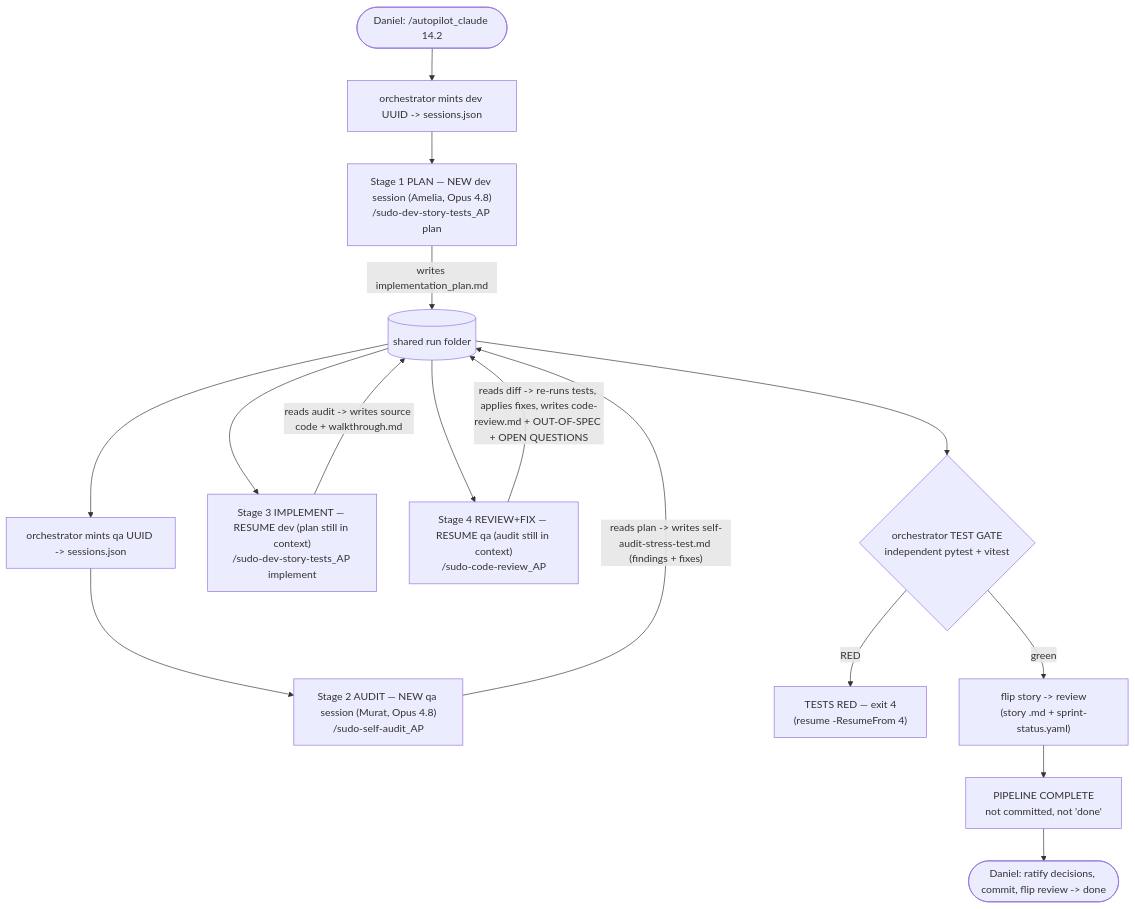
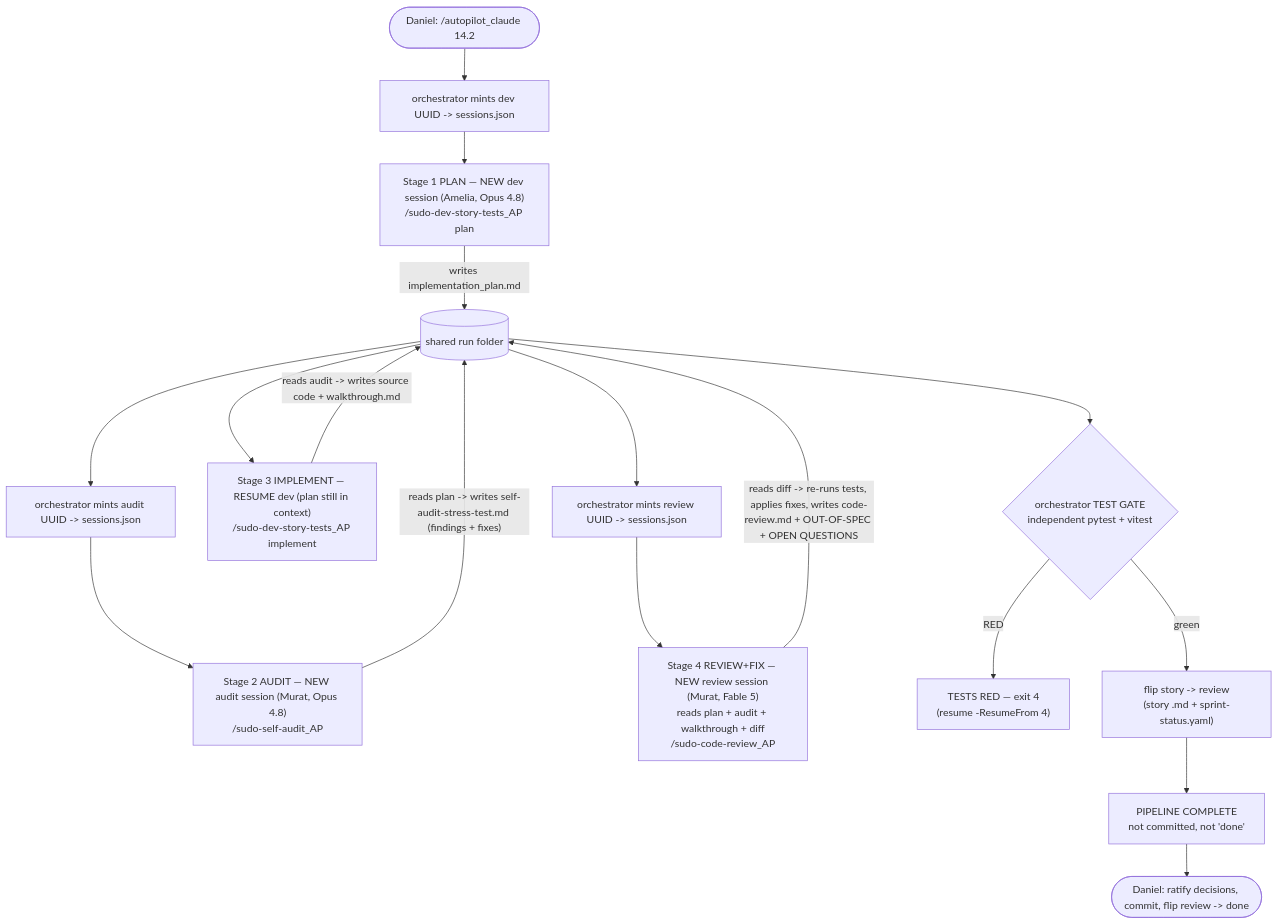
The first of 4 diagrams in .agents/reference/autopilot_bmad_dev_loop.md (sudomadhatter/Sudo_Hatter_Command), drawn with Mermaid before and after one commit. The commit also changed other lines of this file and 19 other files, not shown here.

````diff
--- a/.agents/reference/autopilot_bmad_dev_loop.md
+++ b/.agents/reference/autopilot_bmad_dev_loop.md
@@ -59,18 +61,19 @@
 ```mermaid
 flowchart TD
     D(["Daniel: /autopilot_claude 14.2"]) --> M1["orchestrator mints dev UUID -> sessions.json"]
     M1 --> S1["Stage 1 PLAN — NEW dev session (Amelia, Opus 4.8)<br/>/sudo-dev-story-tests_AP plan"]
     S1 -->|"writes implementation_plan.md"| F[("shared run folder")]
-    F --> M2["orchestrator mints qa UUID -> sessions.json"]
-    M2 --> S2["Stage 2 AUDIT — NEW qa session (Murat, Opus 4.8)<br/>/sudo-self-audit_AP"]
+    F --> M2["orchestrator mints audit UUID -> sessions.json"]
+    M2 --> S2["Stage 2 AUDIT — NEW audit session (Murat, Opus 4.8)<br/>/sudo-self-audit_AP"]
     S2 -->|"reads plan -> writes self-audit-stress-test.md (findings + fixes)"| F
     F --> S3["Stage 3 IMPLEMENT — RESUME dev (plan still in context)<br/>/sudo-dev-story-tests_AP implement"]
     S3 -->|"reads audit -> writes source code + walkthrough.md"| F
-    F --> S4["Stage 4 REVIEW+FIX — RESUME qa (audit still in context)<br/>/sudo-code-review_AP"]
+    F --> M3["orchestrator mints review UUID -> sessions.json"]
+    M3 --> S4["Stage 4 REVIEW+FIX — NEW review session (Murat, Fable 5)<br/>reads plan + audit + walkthrough + diff<br/>/sudo-code-review_AP"]
     S4 -->|"reads diff -> re-runs tests, applies fixes, writes code-review.md + OUT-OF-SPEC + OPEN QUESTIONS"| F
     F --> G{"orchestrator TEST GATE<br/>independent pytest + vitest"}
     G -->|"RED"| RED["TESTS RED — exit 4<br/>(resume -ResumeFrom 4)"]
     G -->|"green"| RV["flip story -> review<br/>(story .md + sprint-status.yaml)"]
     RV --> DONE["PIPELINE COMPLETE<br/>not committed, not 'done'"]
     DONE --> D2(["Daniel: ratify decisions, commit, flip review -> done"])
 ```
````
